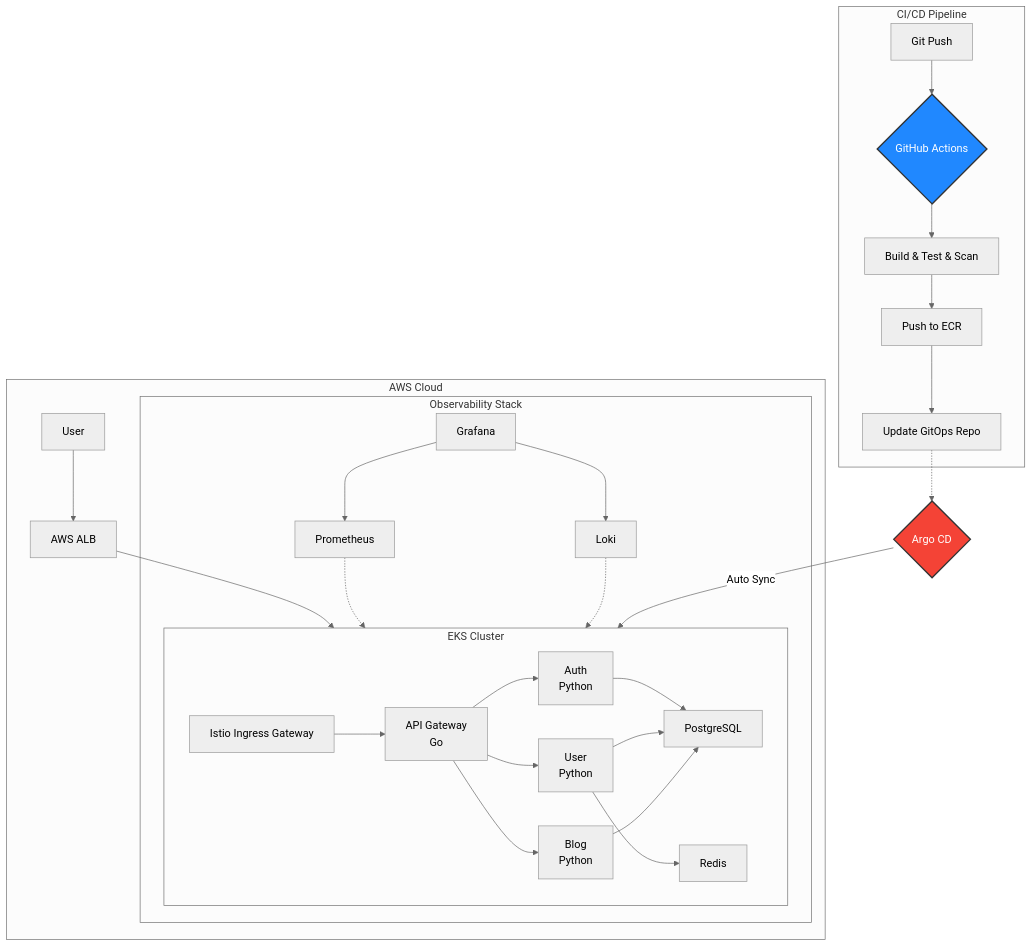
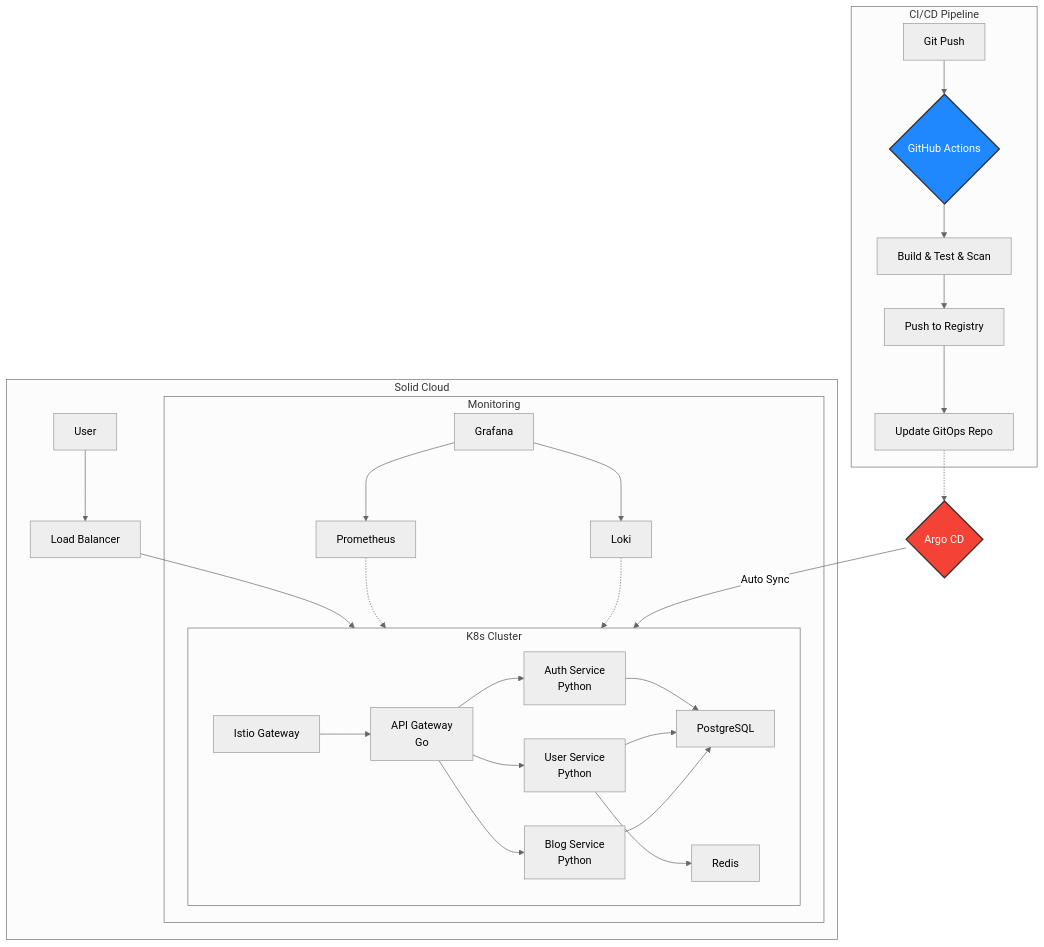
Before and after one commit to DvwN-Lee/MSA-Monitoring: the diagram in README.md, drawn with Mermaid (neutral theme). The commit also changed other lines of this file and 3 other files, not shown here.

````diff
--- a/README.md
+++ b/README.md
@@ -24,39 +52,39 @@
 ```mermaid
 graph TD
     subgraph "CI/CD Pipeline"
         A[Git Push] --> B{GitHub Actions};
         B --> C[Build & Test & Scan];
-        C --> D[Push to ECR];
+        C --> D[Push to Registry];
         D --> E[Update GitOps Repo];
     end
 
-    subgraph "AWS Cloud"
-        F[User] --> G[AWS ALB];
-        G --> H[EKS Cluster];
+    subgraph "Solid Cloud"
+        F[User] --> G[Load Balancer];
+        G --> H[Kubernetes Cluster];
 
-        subgraph H["EKS Cluster"]
-            I[Istio Ingress Gateway] --> J[API Gateway <br/> Go];
-            J --> K[Auth <br/> Python];
-            J --> L[User <br/> Python];
-            J --> M[Blog <br/> Python];
+        subgraph H["K8s Cluster"]
+            I[Istio Gateway] --> J[API Gateway <br/> Go];
+            J --> K[Auth Service <br/> Python];
+            J --> L[User Service <br/> Python];
+            J --> M[Blog Service <br/> Python];
 
             K --> N[PostgreSQL];
             L --> N;
             M --> N;
             L --> O[Redis];
         end
 
-        subgraph "Observability Stack"
+        subgraph "Monitoring"
             P[Prometheus] -.-> H;
             Q[Grafana] --> P;
             R[Loki] -.-> H;
             Q --> R;
         end
     end
 
     E -.-> S{Argo CD};
     S -- Auto Sync --> H;
 
     style B fill:#2088FF,stroke:#333,stroke-width:2px,color:#fff
     style S fill:#F44336,stroke:#333,stroke-width:2px,color:#fff
 ```
````
